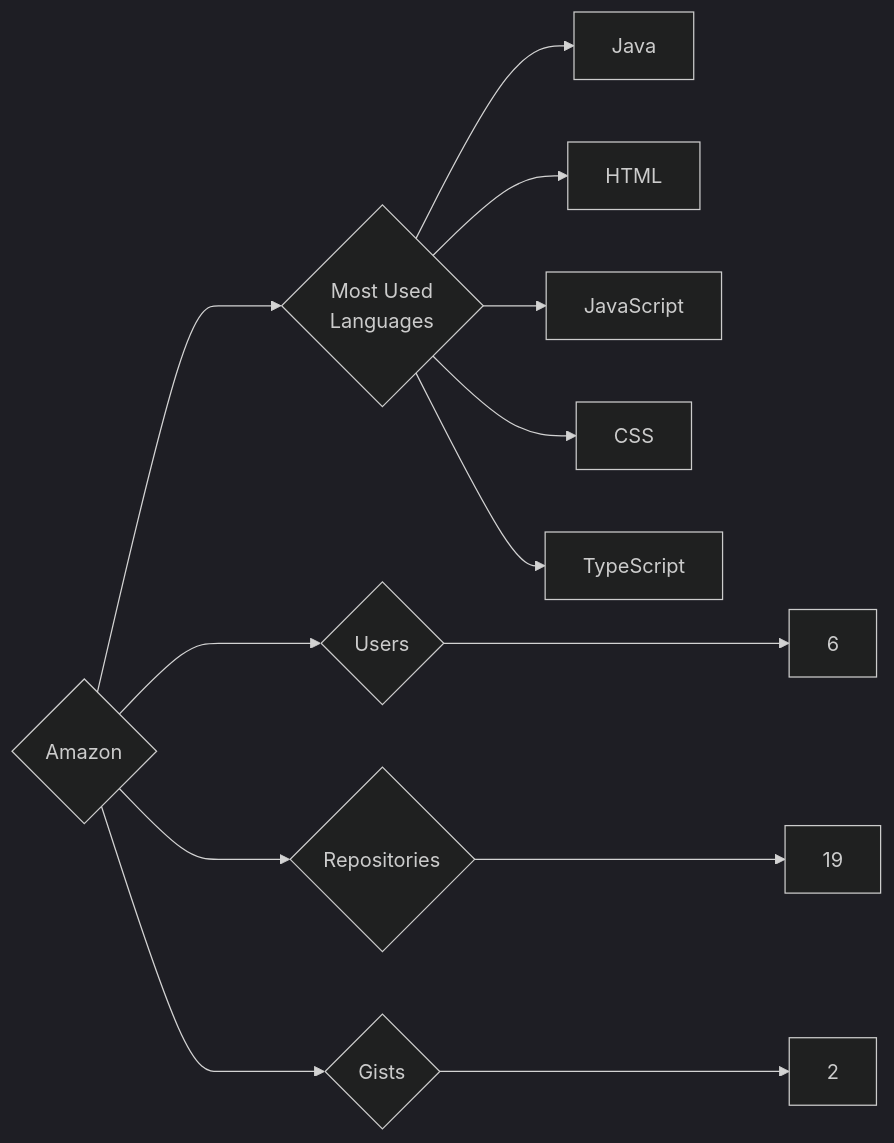
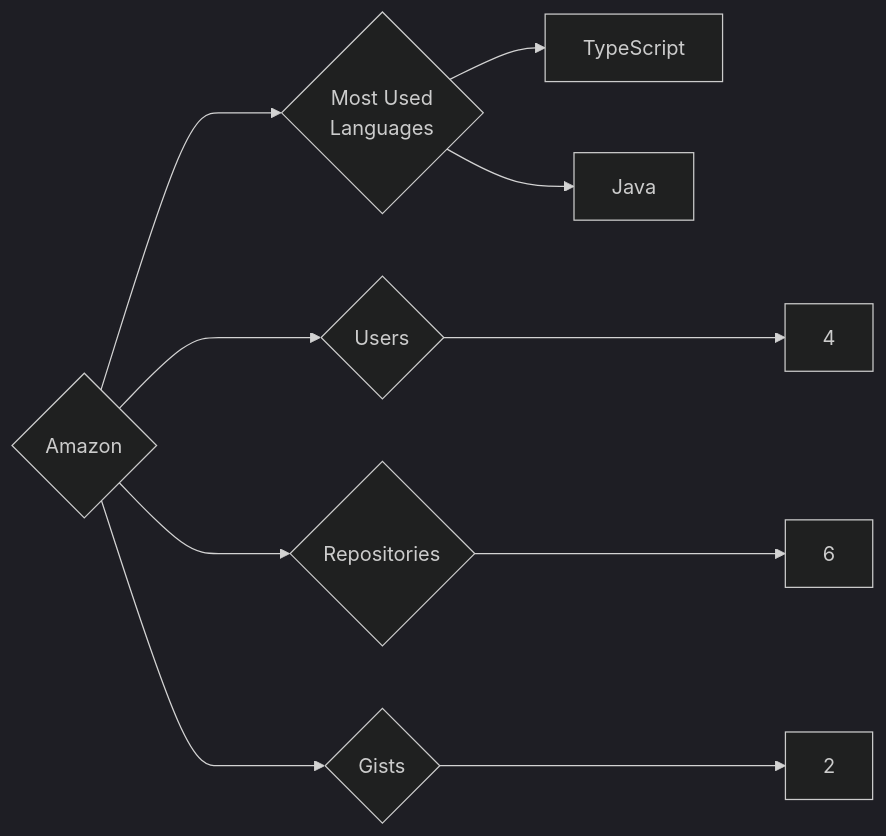
The diagram in targets/Amazon/README.md (trickest/insiders), drawn with Mermaid (dark theme) before and after one commit. The commit also changed 1007 other files, not shown here.

````diff
--- a/targets/Amazon/README.md
+++ b/targets/Amazon/README.md
@@ -3,13 +3,10 @@
 ```mermaid
 graph LR
 COMPANY_NAME{Amazon}
-COMPANY_NAME ---> U{Users} ---> UN[6]
-COMPANY_NAME ---> R{Repositories} ---> RN[19]
+COMPANY_NAME ---> U{Users} ---> UN[4]
+COMPANY_NAME ---> R{Repositories} ---> RN[6]
 COMPANY_NAME ---> G{Gists} ---> GN[2]
 COMPANY_NAME ---> ML{Most Used<br>Languages}
+ML --> TypeScript[TypeScript]
 ML --> Java[Java]
-ML --> HTML[HTML]
-ML --> JavaScript[JavaScript]
-ML --> CSS[CSS]
-ML --> TypeScript[TypeScript]
 ```
````
